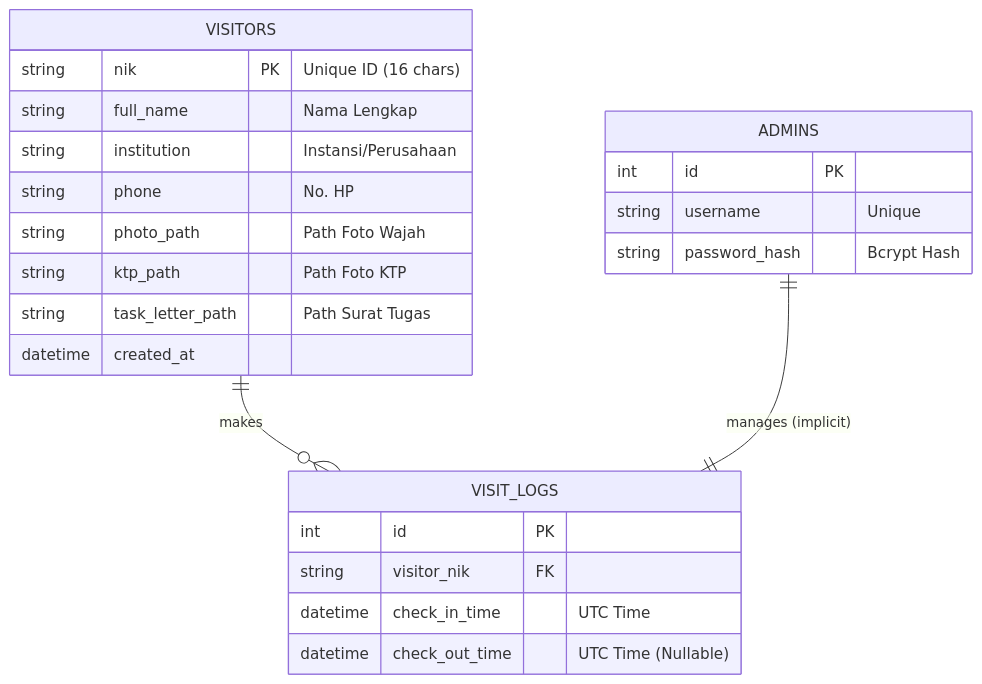
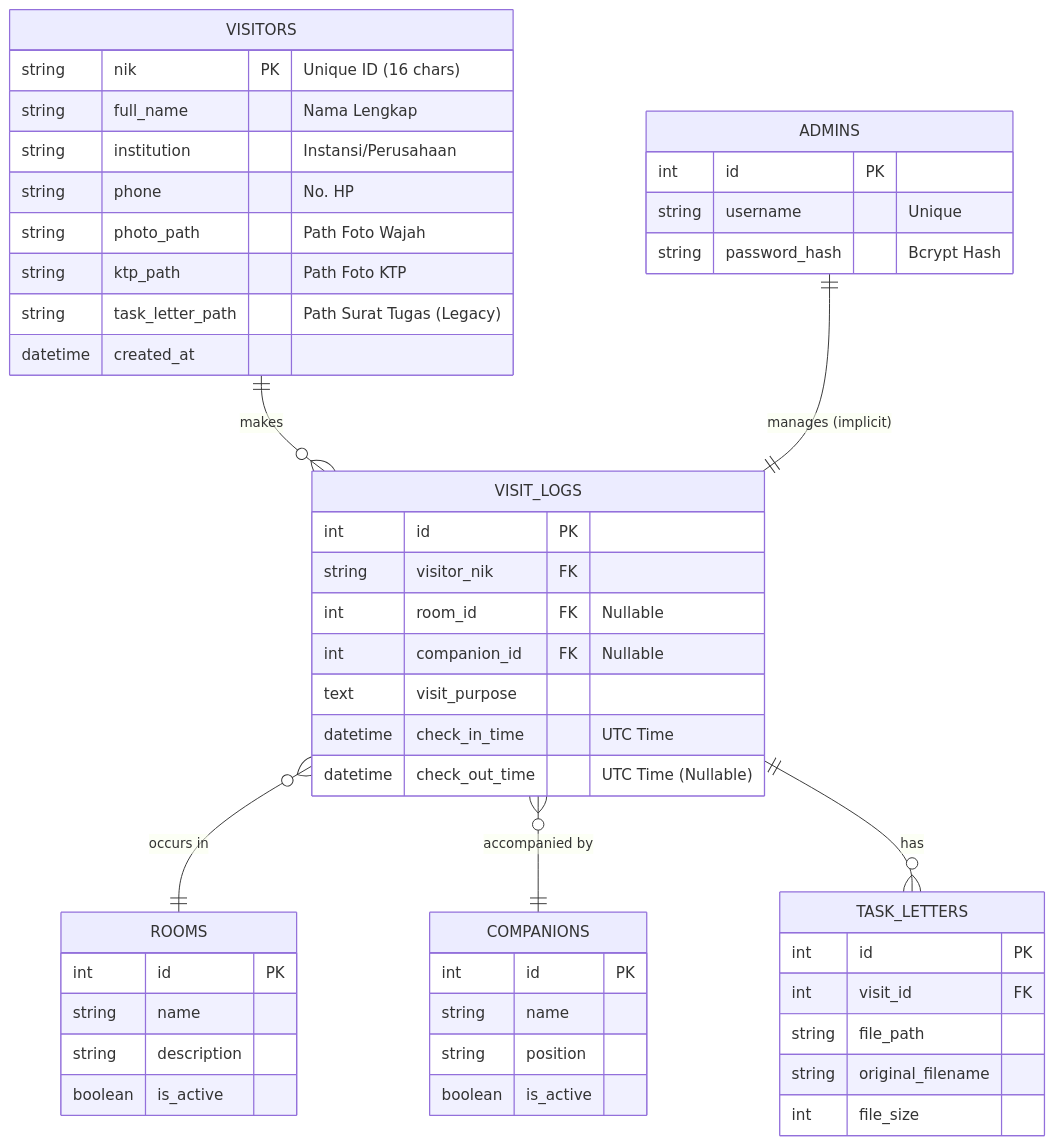
Before and after one commit to Nyanns/bkn-visitor-app: the fourth of 4 diagrams in docs/TECHNICAL_DOCS.md, drawn with Mermaid. The commit also changed other lines of this file and 19 other files, not shown here.

````diff
--- a/docs/TECHNICAL_DOCS.md
+++ b/docs/TECHNICAL_DOCS.md
@@ -124,29 +127,57 @@
 ```mermaid
 erDiagram
     VISITORS ||--o{ VISIT_LOGS : "makes"
     ADMINS ||--|| VISIT_LOGS : "manages (implicit)"
+    VISIT_LOGS }o--|| ROOMS : "occurs in"
+    VISIT_LOGS }o--|| COMPANIONS : "accompanied by"
+    VISIT_LOGS ||--o{ TASK_LETTERS : "has"
 
     VISITORS {
         string nik PK "Unique ID (16 chars)"
         string full_name "Nama Lengkap"
         string institution "Instansi/Perusahaan"
         string phone "No. HP"
         string photo_path "Path Foto Wajah"
         string ktp_path "Path Foto KTP"
-        string task_letter_path "Path Surat Tugas"
+        string task_letter_path "Path Surat Tugas (Legacy)"
         datetime created_at
     }
 
     VISIT_LOGS {
         int id PK
         string visitor_nik FK
+        int room_id FK "Nullable"
+        int companion_id FK "Nullable"
+        text visit_purpose
         datetime check_in_time "UTC Time"
         datetime check_out_time "UTC Time (Nullable)"
+    }
+
+    ROOMS {
+        int id PK
+        string name
+        string description
+        boolean is_active
+    }
+
+    COMPANIONS {
+        int id PK
+        string name
+        string position
+        boolean is_active
+    }
+    
+    TASK_LETTERS {
+        int id PK
+        int visit_id FK
+        string file_path
+        string original_filename
+        int file_size
     }
 
     ADMINS {
         int id PK
         string username "Unique"
         string password_hash "Bcrypt Hash"
     }
 ```
````
